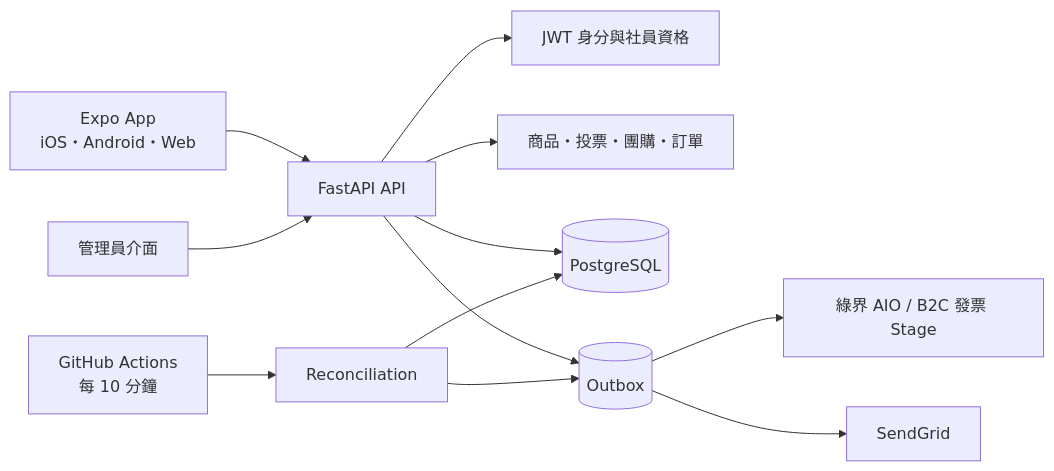
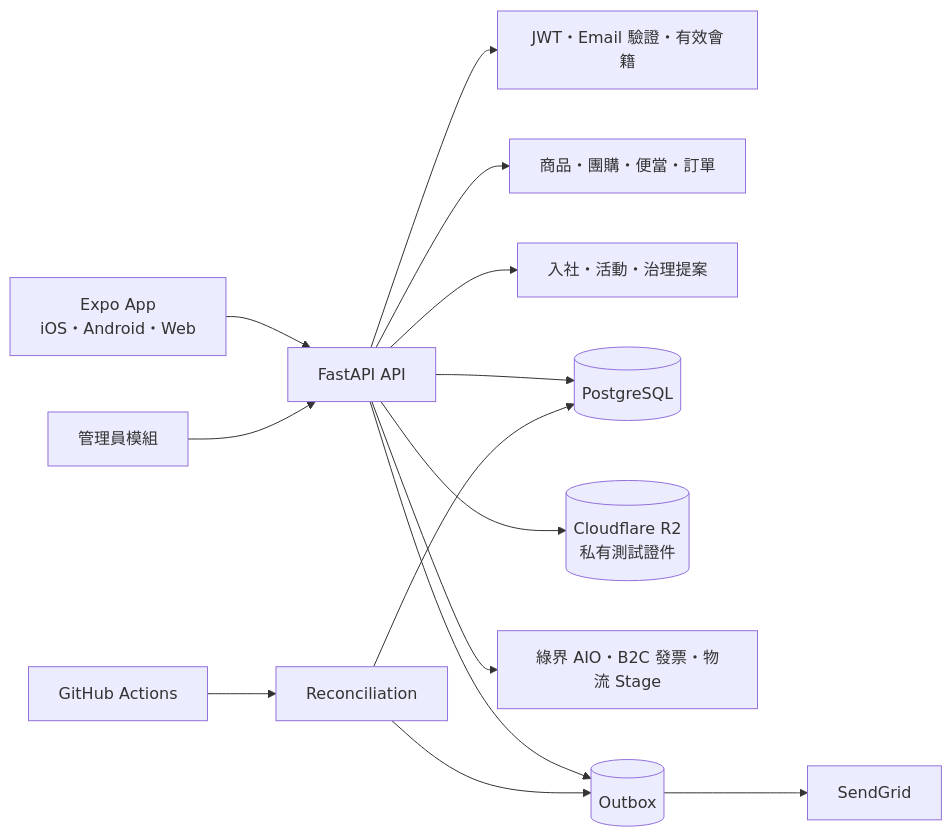
The first of 2 diagrams in docs/ARCHITECTURE.md (Wayne725/shilifangyuan-farm-app), drawn with Mermaid before and after one commit. The commit also changed other lines of this file and 80 other files, not shown here.

````diff
--- a/docs/ARCHITECTURE.md
+++ b/docs/ARCHITECTURE.md
@@ -5,14 +5,16 @@
 ```mermaid
 flowchart LR
     app["Expo App<br/>iOS・Android・Web"] --> api["FastAPI API"]
-    admin["管理員介面"] --> api
-    api --> auth["JWT 身分與社員資格"]
-    api --> domain["商品・投票・團購・訂單"]
+    admin["管理員模組"] --> api
+    api --> auth["JWT・Email 驗證・有效會籍"]
+    api --> commerce["商品・團購・便當・訂單"]
+    api --> community["入社・活動・治理提案"]
     api --> db[("PostgreSQL")]
+    api --> r2[("Cloudflare R2<br/>私有測試證件")]
+    api --> ecpay["綠界 AIO・B2C 發票・物流 Stage"]
     api --> outbox[("Outbox")]
-    outbox --> ecpay["綠界 AIO / B2C 發票 Stage"]
     outbox --> sendgrid["SendGrid"]
-    cron["GitHub Actions<br/>每 10 分鐘"] --> jobs["Reconciliation"]
+    cron["GitHub Actions"] --> jobs["Reconciliation"]
     jobs --> db
     jobs --> outbox
 ```
````
